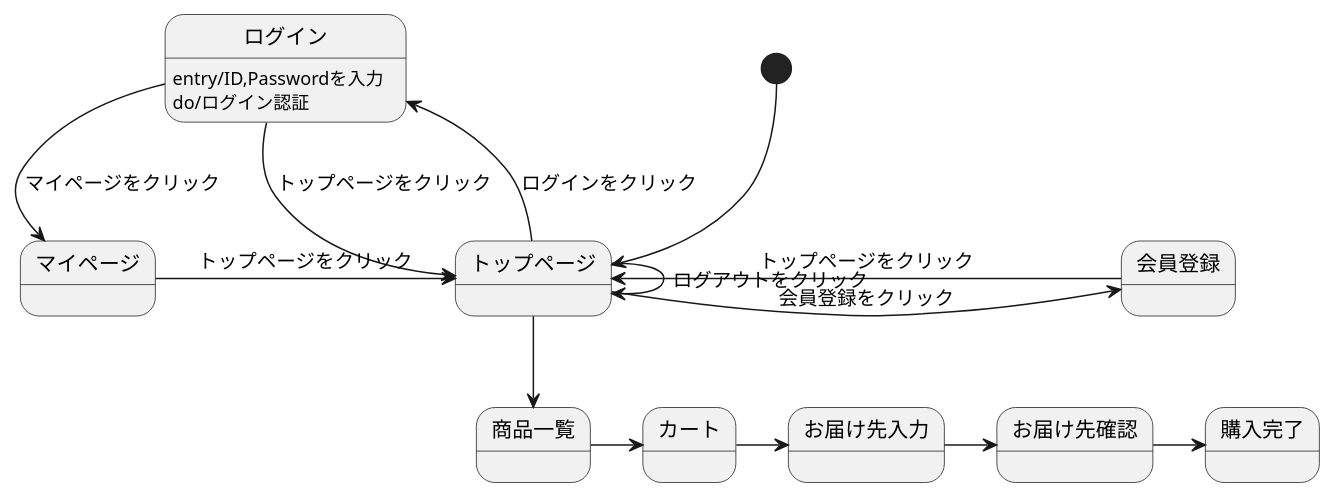
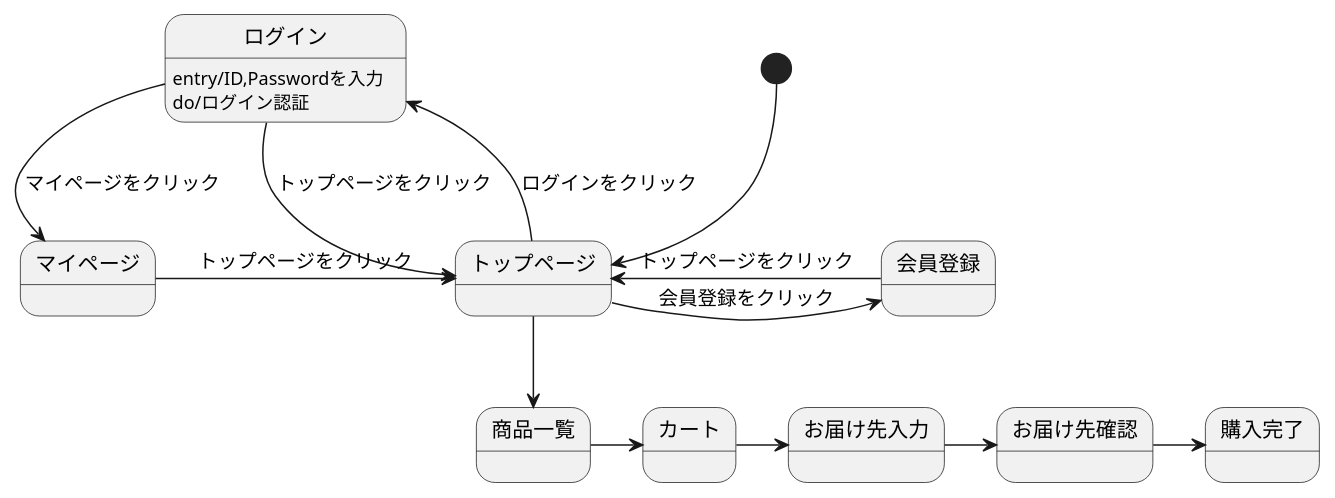
One commit to Aso2001163/2021sys-design-2 changed the diagram in stm01.md. Above: the diagram before and after it, drawn with PlantUML.

````diff
--- a/stm01.md
+++ b/stm01.md
@@ -1,19 +1,18 @@
 ```uml
 @startuml
 [*] --> トップページ
 トップページ -> 会員登録 : 会員登録をクリック
 会員登録 -> トップページ : トップページをクリック
-トップページ -> トップページ : ログアウトをクリック
 トップページ -left-> ログイン : ログインをクリック
 ログイン -> トップページ : トップページをクリック
 ログイン -down-> マイページ : マイページをクリック
 ログイン:entry/ID,Passwordを入力
 ログイン:do/ログイン認証
 マイページ -> トップページ : トップページをクリック
 トップページ --> 商品一覧
 商品一覧 -> カート
 カート -> お届け先入力
 お届け先入力 -> お届け先確認
 お届け先確認 -> 購入完了
 @enduml
 ```
````
